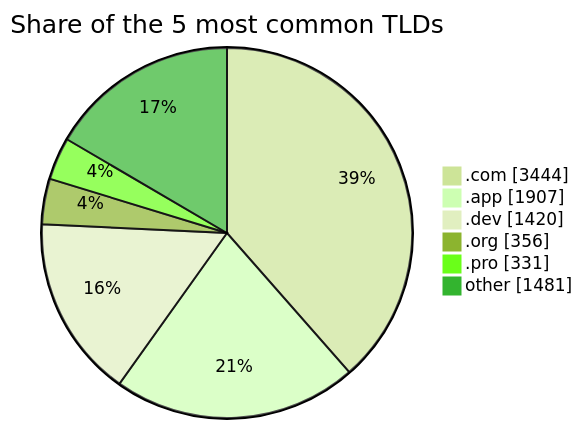
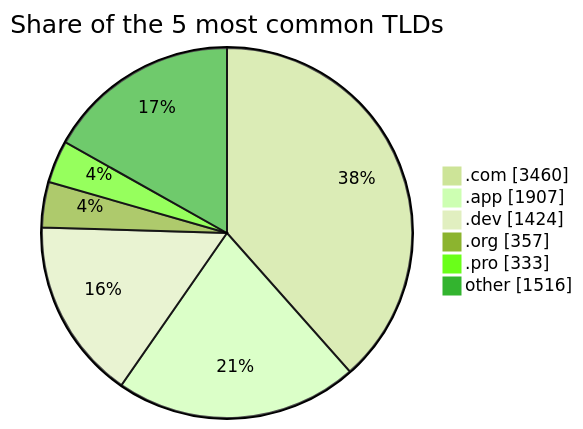
The second of 2 diagrams in README.md (DNSBunker/CTI), drawn with Mermaid (forest theme) before and after one commit. The commit also changed other lines of this file and 3 other files, not shown here.

````diff
--- a/README.md
+++ b/README.md
@@ -72,9 +72,9 @@
 ```mermaid
 pie showData title Share of the 5 most common TLDs
-    ".com" : 3444
+    ".com" : 3460
     ".app" : 1907
-    ".dev" : 1420
-    ".org" : 356
-    ".pro" : 331
-    "other" : 1481
+    ".dev" : 1424
+    ".org" : 357
+    ".pro" : 333
+    "other" : 1516
 ```
````
